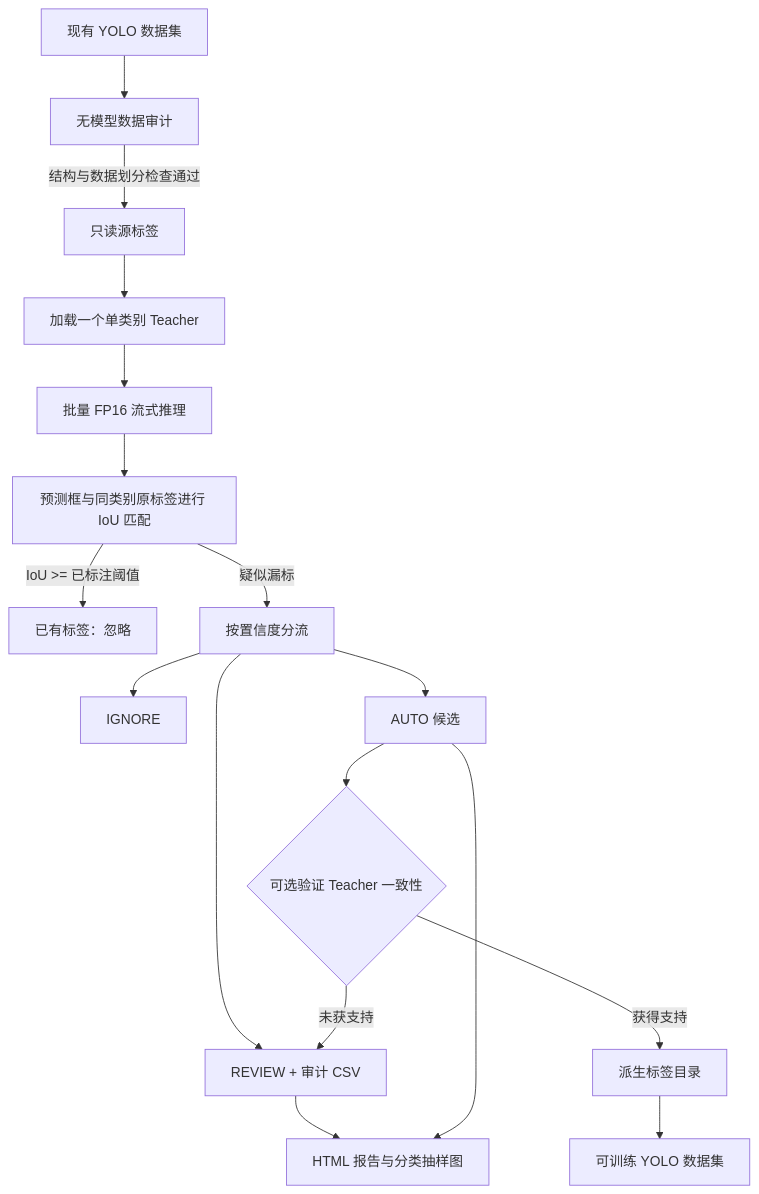
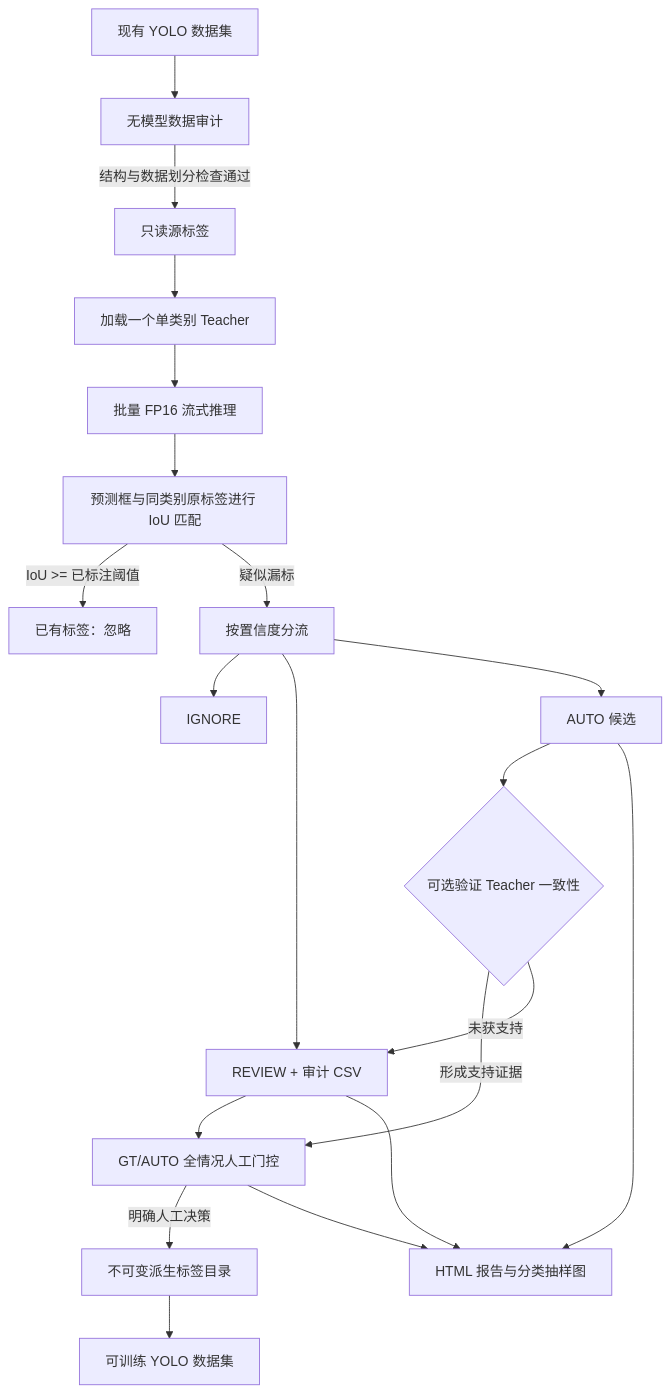
Before and after one commit to jiapengLi11/yolo-label-recovery: the diagram in README.zh-CN.md, drawn with Mermaid. The commit also changed other lines of this file and 24 other files, not shown here.

````diff
--- a/README.zh-CN.md
+++ b/README.zh-CN.md
@@ -68,19 +74,22 @@
 ```mermaid
 flowchart TD
     A["现有 YOLO 数据集"] --> Q["无模型数据审计"]
     Q -->|"结构与数据划分检查通过"| B["只读源标签"]
     B --> C["加载一个单类别 Teacher"]
     C --> D["批量 FP16 流式推理"]
     D --> E["预测框与同类别原标签进行 IoU 匹配"]
     E -->|"IoU >= 已标注阈值"| F["已有标签：忽略"]
     E -->|"疑似漏标"| G["按置信度分流"]
     G --> H["IGNORE"]
     G --> I["REVIEW + 审计 CSV"]
     G --> J["AUTO 候选"]
     J --> M{"可选验证 Teacher 一致性"}
-    M -->|"获得支持"| K["派生标签目录"]
+    M -->|"形成支持证据"| R["GT/AUTO 全情况人工门控"]
     M -->|"未获支持"| I
+    I --> R
+    R -->|"明确人工决策"| K["不可变派生标签目录"]
     K --> N["可训练 YOLO 数据集"]
     I --> L["HTML 报告与分类抽样图"]
     J --> L
+    R --> L
 ```
````
